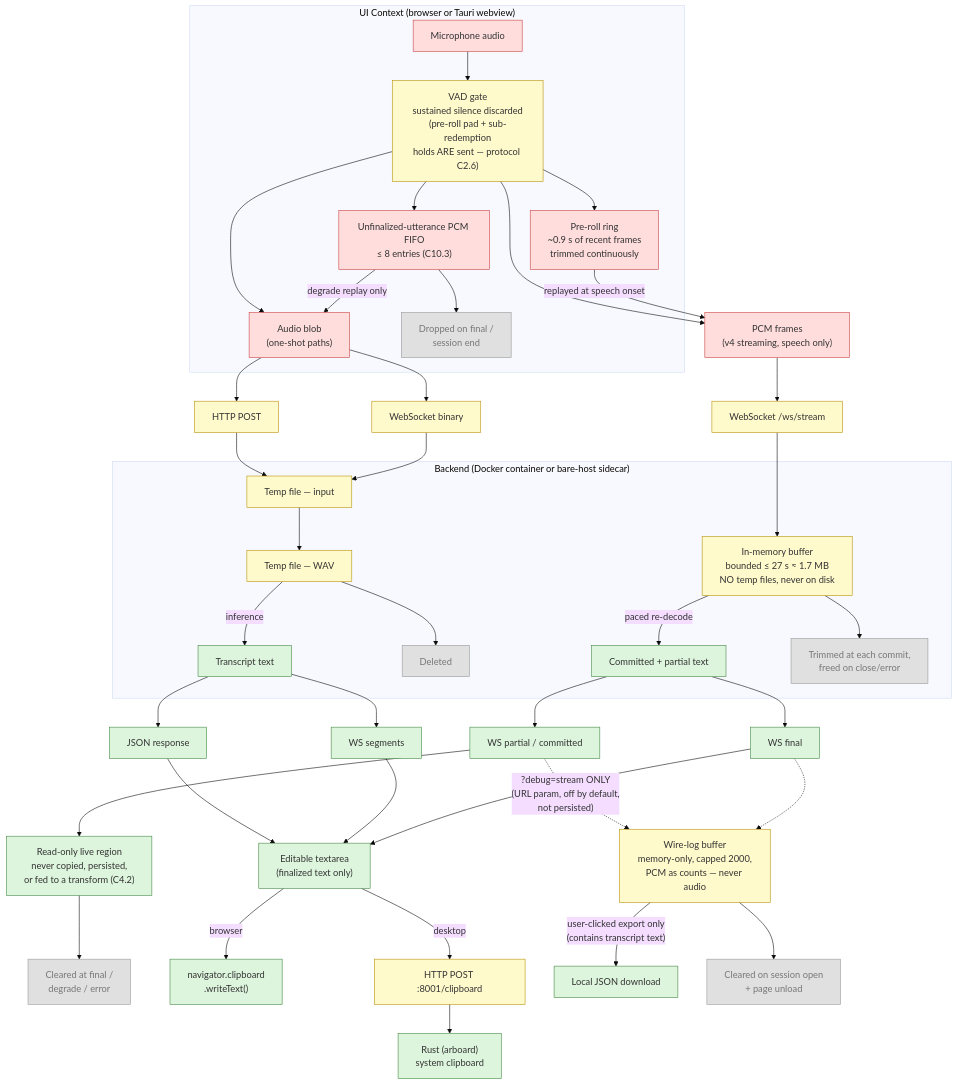
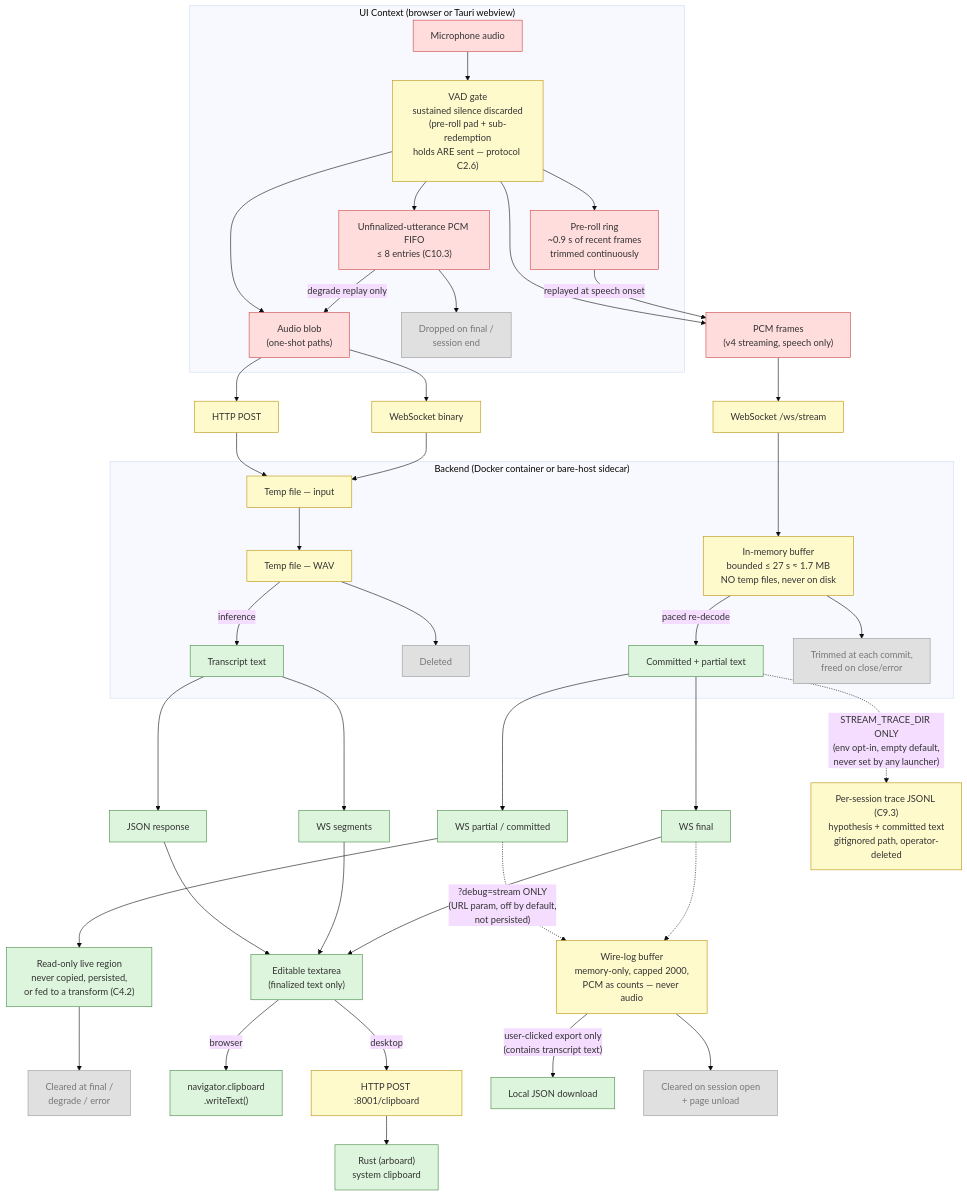
Before and after one commit to JohnYanez95/voice-scribe: the diagram in docs/diagrams/privacy-data-flow.mmd, drawn with Mermaid (base theme). The commit also changed 9 other files, not shown here.

```diff
--- a/docs/diagrams/privacy-data-flow.mmd
+++ b/docs/diagrams/privacy-data-flow.mmd
@@ -1,71 +1,73 @@
 flowchart TD
     subgraph ui ["UI Context (browser or Tauri webview)"]
         mic["Microphone audio"]
         vad["VAD gate<br/>sustained silence discarded<br/>(pre-roll pad + sub-redemption<br/>holds ARE sent — protocol C2.6)"]
         preroll["Pre-roll ring<br/>~0.9 s of recent frames<br/>trimmed continuously"]
         blob["Audio blob<br/>(one-shot paths)"]
         fifo["Unfinalized-utterance PCM FIFO<br/>≤ 8 entries (C10.3)"]
         cdel["Dropped on final /<br/>session end"]
         mic --> vad
         vad --> preroll
         vad --> blob
         vad --> fifo
         fifo --> cdel
         fifo -- "degrade replay only" --> blob
     end
 
     blob --> http["HTTP POST"]
     blob --> wsIn["WebSocket binary"]
     vad --> frames["PCM frames<br/>(v4 streaming, speech only)"]
     preroll -- "replayed at speech onset" --> frames
     frames --> wsStream["WebSocket /ws/stream"]
 
     subgraph backend ["Backend (Docker container or bare-host sidecar)"]
         tmp1["Temp file — input"]
         tmp2["Temp file — WAV"]
         txt["Transcript text"]
         del["Deleted"]
         tmp1 --> tmp2
         tmp2 -- inference --> txt
         tmp2 --> del
 
         ring["In-memory buffer<br/>bounded ≤ 27 s ≈ 1.7 MB<br/>NO temp files, never on disk"]
         stxt["Committed + partial text"]
         rdel["Trimmed at each commit,<br/>freed on close/error"]
         ring -- "paced re-decode" --> stxt
         ring --> rdel
     end
 
     http --> tmp1
     wsIn --> tmp1
     wsStream --> ring
 
     txt --> resp["JSON response"]
     txt --> wsOut["WS segments"]
     stxt --> wsLive["WS partial / committed"]
     stxt --> wsFinal["WS final"]
 
     resp --> area["Editable textarea<br/>(finalized text only)"]
     wsOut --> area
     wsFinal --> area
     wsLive --> live["Read-only live region<br/>never copied, persisted,<br/>or fed to a transform (C4.2)"]
     live --> ldel["Cleared at final /<br/>degrade / error"]
 
     area -- "browser" --> browserClip["navigator.clipboard<br/>.writeText()"]
     area -- "desktop" --> httpPost["HTTP POST :8001/clipboard"]
     httpPost --> rustClip["Rust (arboard)<br/>system clipboard"]
 
     wsLive -. "?debug=stream ONLY<br/>(URL param, off by default,<br/>not persisted)" .-> wlog["Wire-log buffer<br/>memory-only, capped 2000,<br/>PCM as counts — never audio"]
     wsFinal -.-> wlog
     wlog -- "user-clicked export only<br/>(contains transcript text)" --> wfile["Local JSON download"]
     wlog --> wclear["Cleared on session open<br/>+ page unload"]
 
+    stxt -. "STREAM_TRACE_DIR ONLY<br/>(env opt-in, empty default,<br/>never set by any launcher)" .-> strace["Per-session trace JSONL (C9.3)<br/>hypothesis + committed text<br/>gitignored path, operator-deleted"]
+
     classDef sensitive fill:#ffdddd,stroke:#cc4444
     classDef ephemeral fill:#fffacc,stroke:#b8900a
     classDef output fill:#ddf5dd,stroke:#448844
     classDef deleted fill:#e0e0e0,stroke:#999999,color:#777777
 
     class mic,blob,frames,preroll,fifo sensitive
-    class vad,http,wsIn,wsStream,tmp1,tmp2,ring,httpPost,wlog ephemeral
+    class vad,http,wsIn,wsStream,tmp1,tmp2,ring,httpPost,wlog,strace ephemeral
     class txt,stxt,resp,wsOut,wsLive,wsFinal,area,live,browserClip,rustClip,wfile output
     class del,rdel,cdel,ldel,wclear deleted
```
